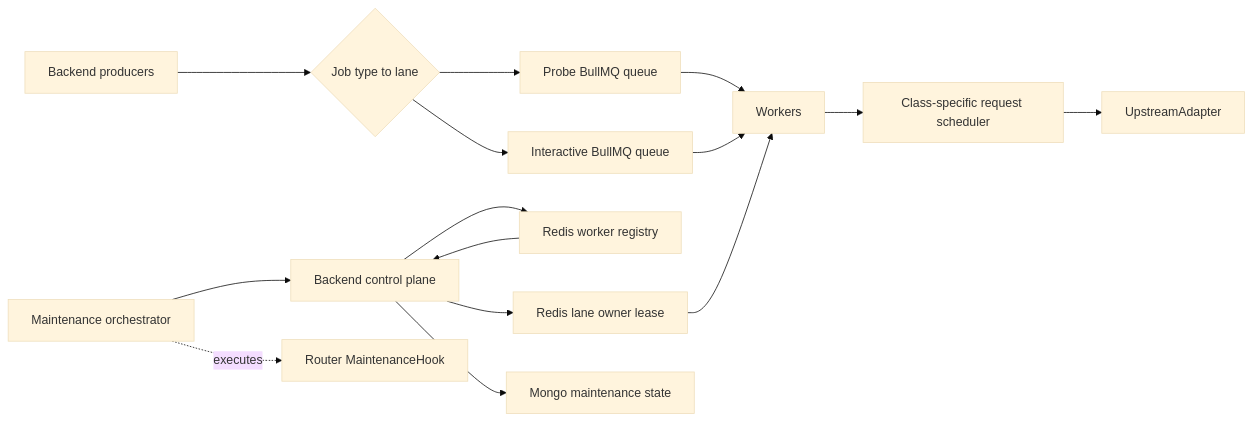
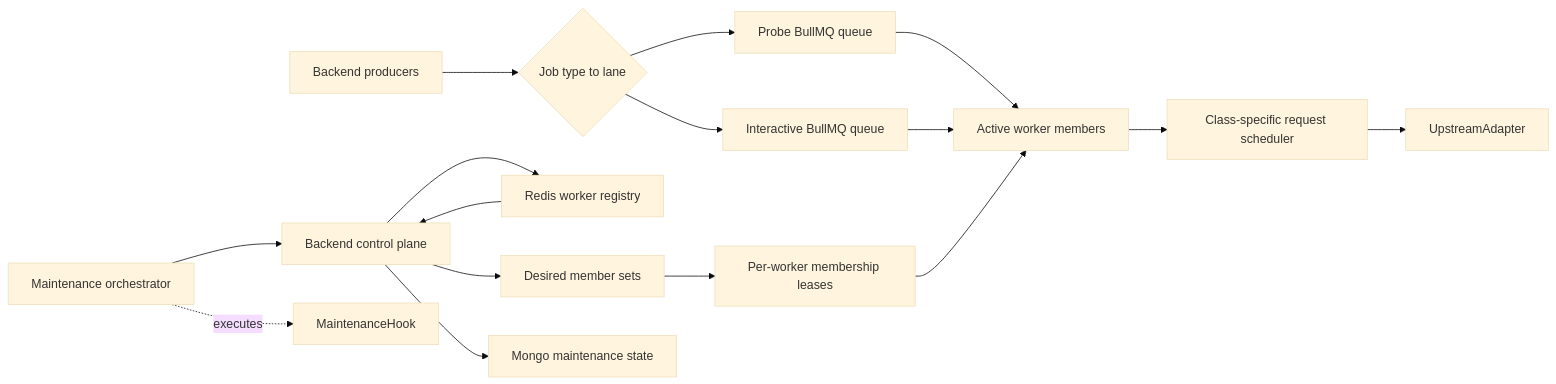
The diagram in docs/specs/sdgb-worker/multi-node-failover/01-architecture.md (bakapiano/maimai-score-hub), drawn with Mermaid (base theme) before and after one commit. The commit also changed other lines of this file and 6 other files, not shown here.

Commit message:
docs(sdgb): support active member traffic sharing

````diff
--- a/docs/specs/sdgb-worker/multi-node-failover/01-architecture.md
+++ b/docs/specs/sdgb-worker/multi-node-failover/01-architecture.md
@@ -7,21 +7,22 @@
 ```mermaid
 flowchart LR
     P[Backend producers] --> R{Job type to lane}
     R --> QP[Probe BullMQ queue]
     R --> QI[Interactive BullMQ queue]
 
     C[Backend control plane] --> WR[Redis worker registry]
-    C --> LO[Redis lane owner lease]
+    C --> DM[Desired member sets]
     C --> M[Mongo maintenance state]
 
-    QP --> W[Workers]
+    DM --> LM[Per-worker membership leases]
+    QP --> W[Active worker members]
     QI --> W
     WR --> C
-    LO --> W
+    LM --> W
 
     W --> S[Class-specific request scheduler]
     S --> U[UpstreamAdapter]
 
     O[Maintenance orchestrator] --> C
-    O -. executes .-> H[Router MaintenanceHook]
+    O -. executes .-> H[MaintenanceHook]
 ```
````
